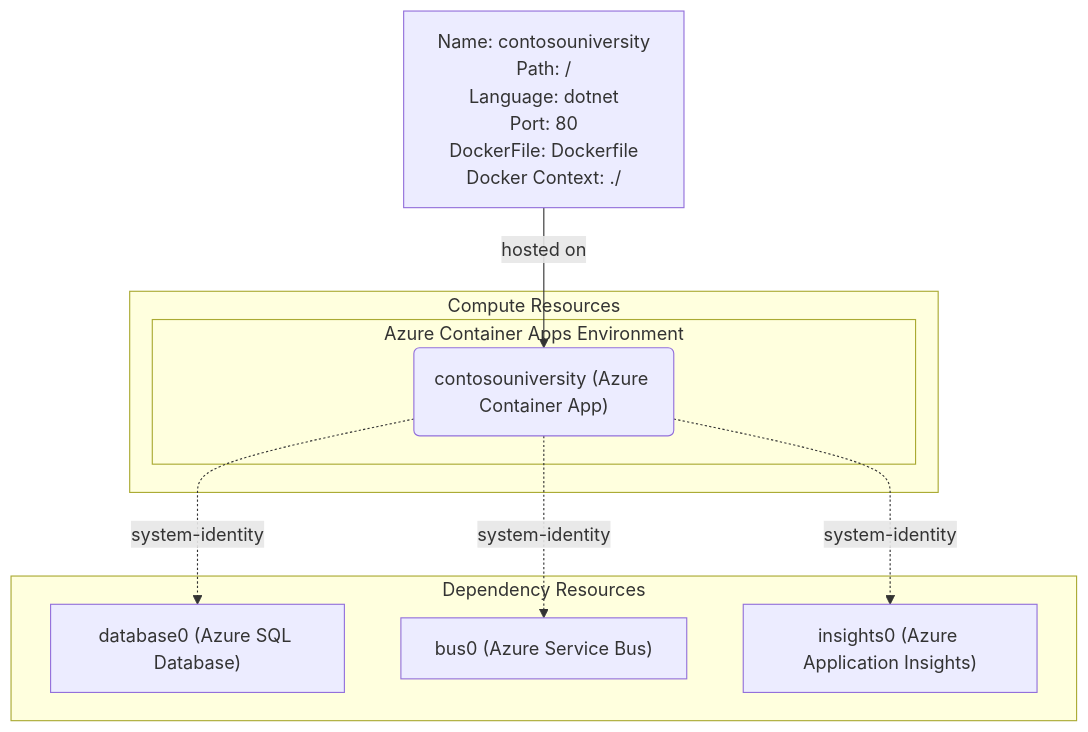
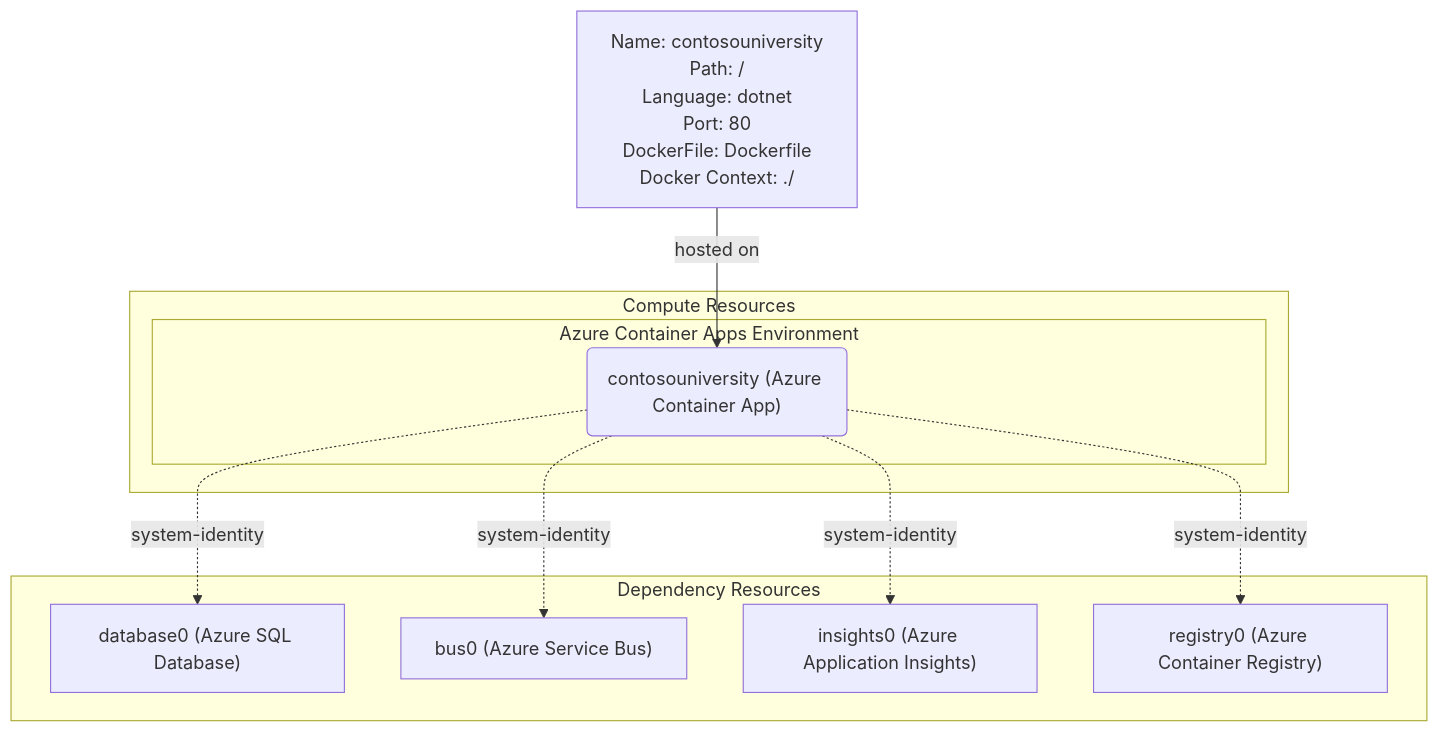
The diagram in ContosoUniversity/.azure/plan.copilot.md (codemillmatt/dotnet-migration-copilot-samples), drawn with Mermaid before and after one commit. The commit also changed other lines of this file and 36 other files, not shown here.

````diff
--- a/ContosoUniversity/.azure/plan.copilot.md
+++ b/ContosoUniversity/.azure/plan.copilot.md
@@ -27,28 +27,30 @@
 ```mermaid
 graph TD
 %% Services
 svcazurecontainerapp_contosouniversity["`Name: contosouniversity
 Path: /
 Language: dotnet
 Port: 80
 DockerFile: Dockerfile
 Docker Context: ./`"]
 subgraph "Compute Resources"
 %% Resources
 subgraph containerappenv["Azure Container Apps Environment"]
 azurecontainerapp_contosouniversity("`contosouniversity (Azure Container App)`")
 end
 containerappenv:::cluster
 end
 subgraph "Dependency Resources"
 %% Dependency Resources
 azuresqldatabase_database0["`database0 (Azure SQL Database)`"]
 azureservicebus_bus0["`bus0 (Azure Service Bus)`"]
 azureapplicationinsights_insights0["`insights0 (Azure Application Insights)`"]
+azurecontainerregistry_registry0["`registry0 (Azure Container Registry)`"]
 end
 %% Relationships
 svcazurecontainerapp_contosouniversity --> |"hosted on"| azurecontainerapp_contosouniversity
 azurecontainerapp_contosouniversity -.-> |"system-identity"| azuresqldatabase_database0
 azurecontainerapp_contosouniversity -.-> |"system-identity"| azureservicebus_bus0
 azurecontainerapp_contosouniversity -.-> |"system-identity"| azureapplicationinsights_insights0
+azurecontainerapp_contosouniversity -.-> |"system-identity"| azurecontainerregistry_registry0
 ```
````
